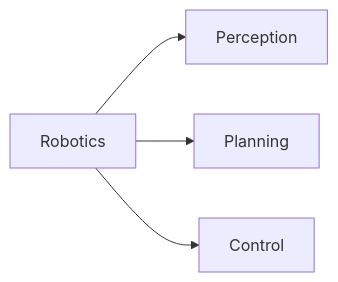
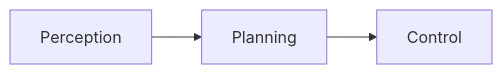
The first of 2 diagrams in _posts/2024/05/2024-05-26-mini-seminar.md (MoeBuTa/moebuta.github.io), drawn with Mermaid before and after one commit. The commit also changed other lines of this file and 1 other file, not shown here.

````diff
--- a/_posts/2024/05/2024-05-26-mini-seminar.md
+++ b/_posts/2024/05/2024-05-26-mini-seminar.md
@@ -61,8 +61,6 @@
 ```mermaid
 
 graph LR;
-    A[Robotics]
-    A --> B[Perception]
-    A --> C[Planning]
-    A --> D[Control]
+    B[Perception] --> C[Planning]
+    C --> D[Control]
 ```
````
